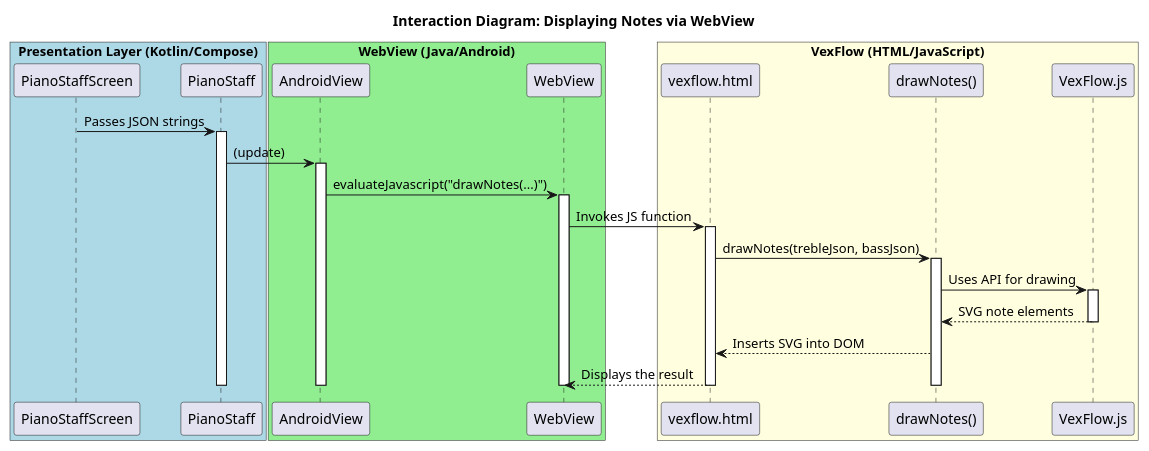
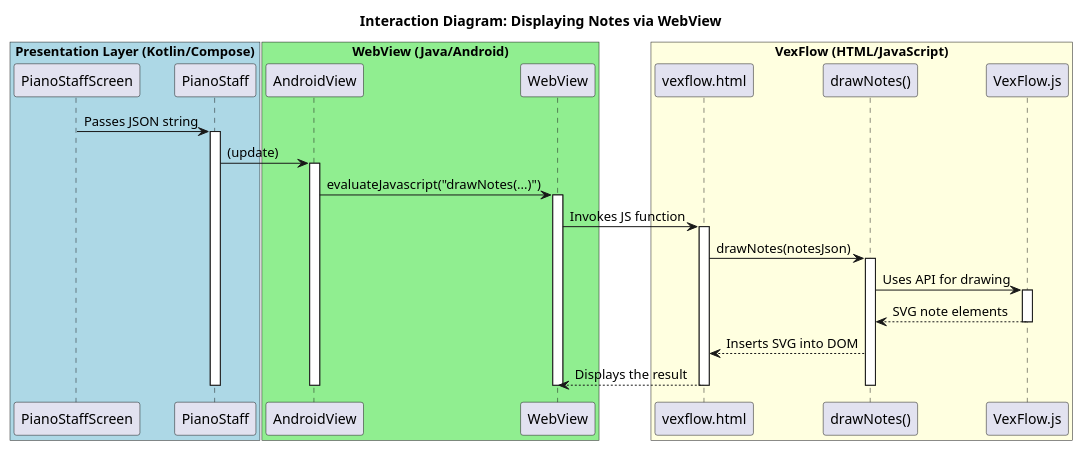
The sixth of 6 diagrams in docs/en/ts/MIDI_MESSAGE_PROCESSING.md (astrizhachuk/PianoFlow), drawn with PlantUML before and after one commit. The commit also changed other lines of this file and 11 other files, not shown here.

````diff
--- a/docs/en/ts/MIDI_MESSAGE_PROCESSING.md
+++ b/docs/en/ts/MIDI_MESSAGE_PROCESSING.md
@@ -364,51 +359,51 @@
 ```plantuml
 @startuml
 title Interaction Diagram: Displaying Notes via WebView
 
 box "Presentation Layer (Kotlin/Compose)" #LightBlue
     participant "PianoStaffScreen" as Screen
     participant "PianoStaff" as StaffComposable
 end box
 
 box "WebView (Java/Android)" #LightGreen
     participant "AndroidView" as AndroidView
     participant "WebView" as WebView
 end box
 
 box "VexFlow (HTML/JavaScript)" #LightYellow
     participant "vexflow.html" as HtmlPage
     participant "drawNotes()" as DrawJsFunc
     participant "VexFlow.js" as VexFlowLib
 end box
 
-Screen -> StaffComposable : Passes JSON strings
+Screen -> StaffComposable : Passes JSON string
 activate StaffComposable
 
 StaffComposable -> AndroidView : (update)
 activate AndroidView
 
 AndroidView -> WebView : evaluateJavascript("drawNotes(...)")
 activate WebView
 
 WebView -> HtmlPage : Invokes JS function
 activate HtmlPage
 
-HtmlPage -> DrawJsFunc : drawNotes(trebleJson, bassJson)
+HtmlPage -> DrawJsFunc : drawNotes(notesJson)
 activate DrawJsFunc
 
 DrawJsFunc -> VexFlowLib : Uses API for drawing
 activate VexFlowLib
 VexFlowLib --> DrawJsFunc : SVG note elements
 deactivate VexFlowLib
 
 DrawJsFunc --> HtmlPage : Inserts SVG into DOM
 
 HtmlPage --> WebView : Displays the result
 deactivate DrawJsFunc
 deactivate HtmlPage
 deactivate WebView
 deactivate AndroidView
 deactivate StaffComposable
 
 @enduml
 ```
````
